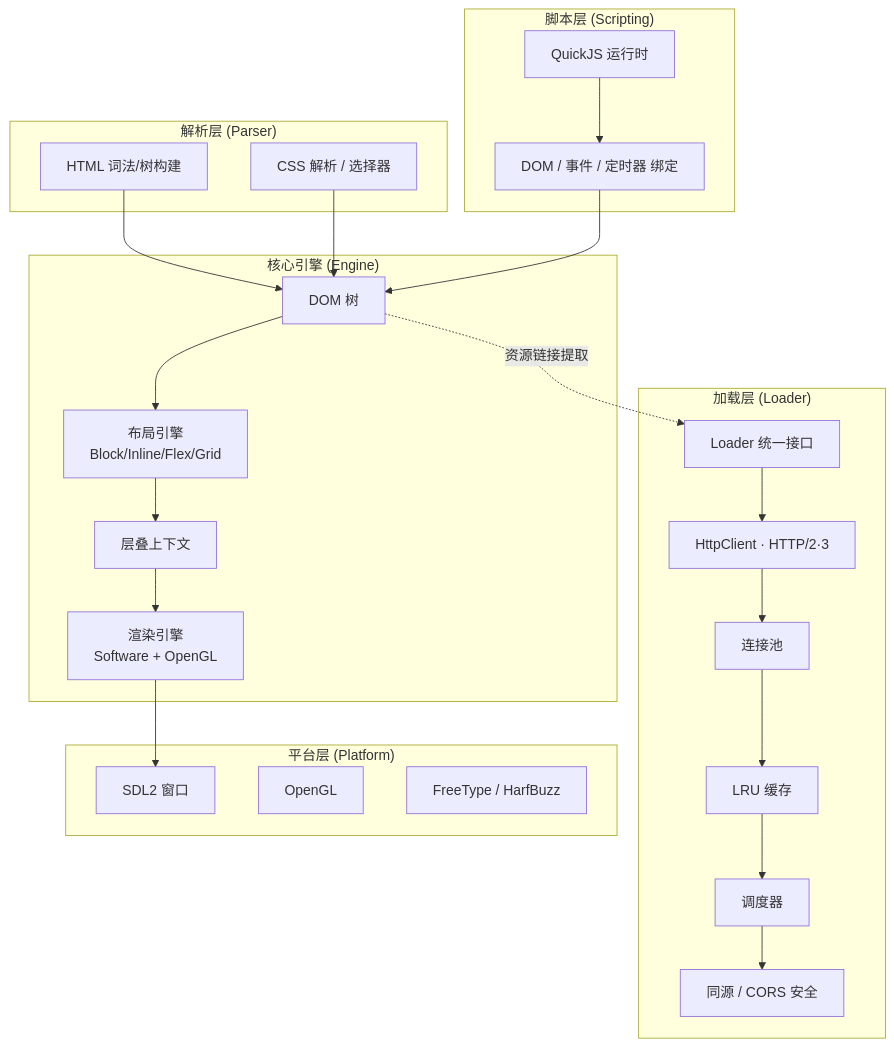
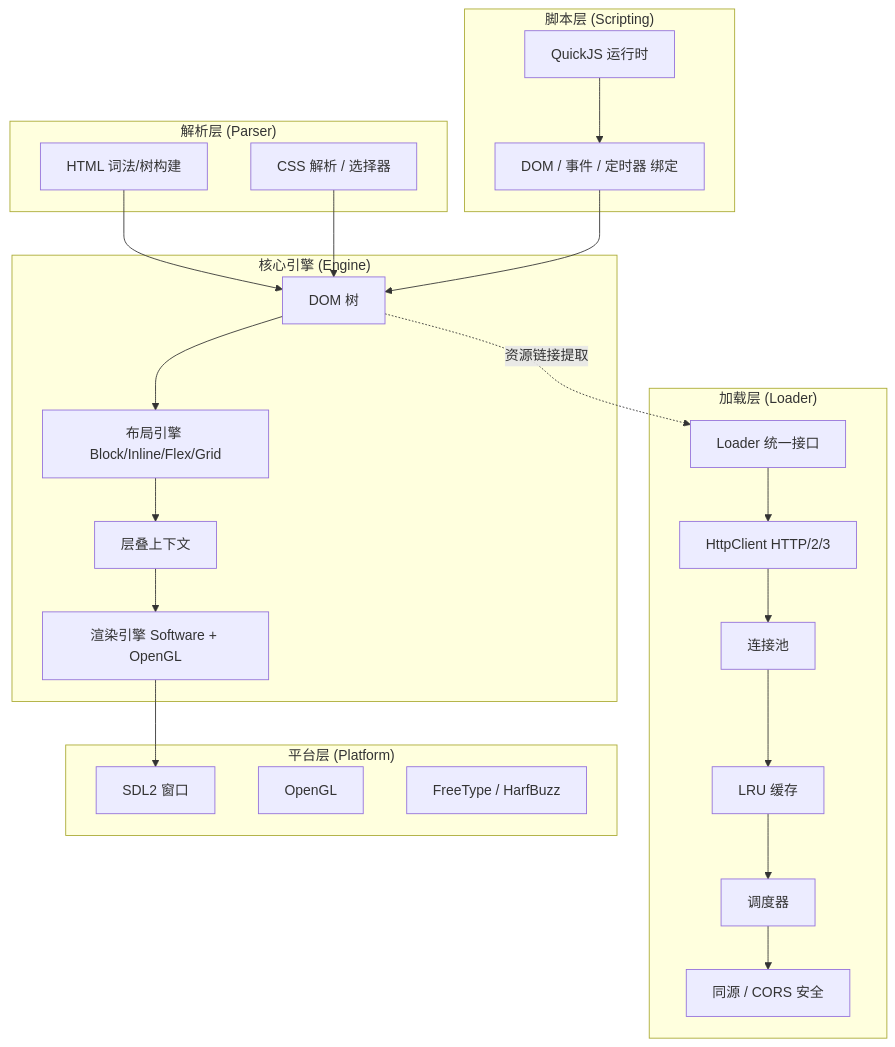
Before and after one commit to jencaoking/xiaopengkernel: the diagram in README.md, drawn with Mermaid.

Commit message:
docs(readme): 更新架构图中标签样式
将 Core 引擎层和 Loader 加载层的标签格式统一为无换行、无圆点分隔符的纯文本样式，提升流程图在渲染时的视觉一致性。

````diff
--- a/README.md
+++ b/README.md
@@ -55,39 +55,39 @@
 ```mermaid
 flowchart TB
     subgraph Parse["解析层 (Parser)"]
         HTML[HTML 词法/树构建]
         CSS[CSS 解析 / 选择器]
     end
     subgraph Core["核心引擎 (Engine)"]
         DOM[DOM 树]
-        LAYOUT["布局引擎<br/>Block/Inline/Flex/Grid"]
+        LAYOUT["布局引擎 Block/Inline/Flex/Grid"]
         STACK[层叠上下文]
-        RENDER["渲染引擎<br/>Software + OpenGL"]
+        RENDER["渲染引擎 Software + OpenGL"]
     end
     subgraph Script["脚本层 (Scripting)"]
         JS[QuickJS 运行时]
         BIND["DOM / 事件 / 定时器 绑定"]
     end
     subgraph Loader["加载层 (Loader)"]
         LOADER[Loader 统一接口]
-        HTTP["HttpClient · HTTP/2·3"]
+        HTTP["HttpClient HTTP/2/3"]
         POOL[连接池]
         CACHE[LRU 缓存]
         SCHED[调度器]
         SEC["同源 / CORS 安全"]
     end
     subgraph Platform["平台层 (Platform)"]
         SDL[SDL2 窗口]
         GL[OpenGL]
         FT[FreeType / HarfBuzz]
     end
 
     HTML --> DOM
     CSS --> DOM
     DOM --> LAYOUT --> STACK --> RENDER
     RENDER --> SDL
     BIND --> DOM
     JS --> BIND
     LOADER --> HTTP --> POOL --> CACHE --> SCHED --> SEC
     DOM -. 资源链接提取 .-> LOADER
 ```
````
